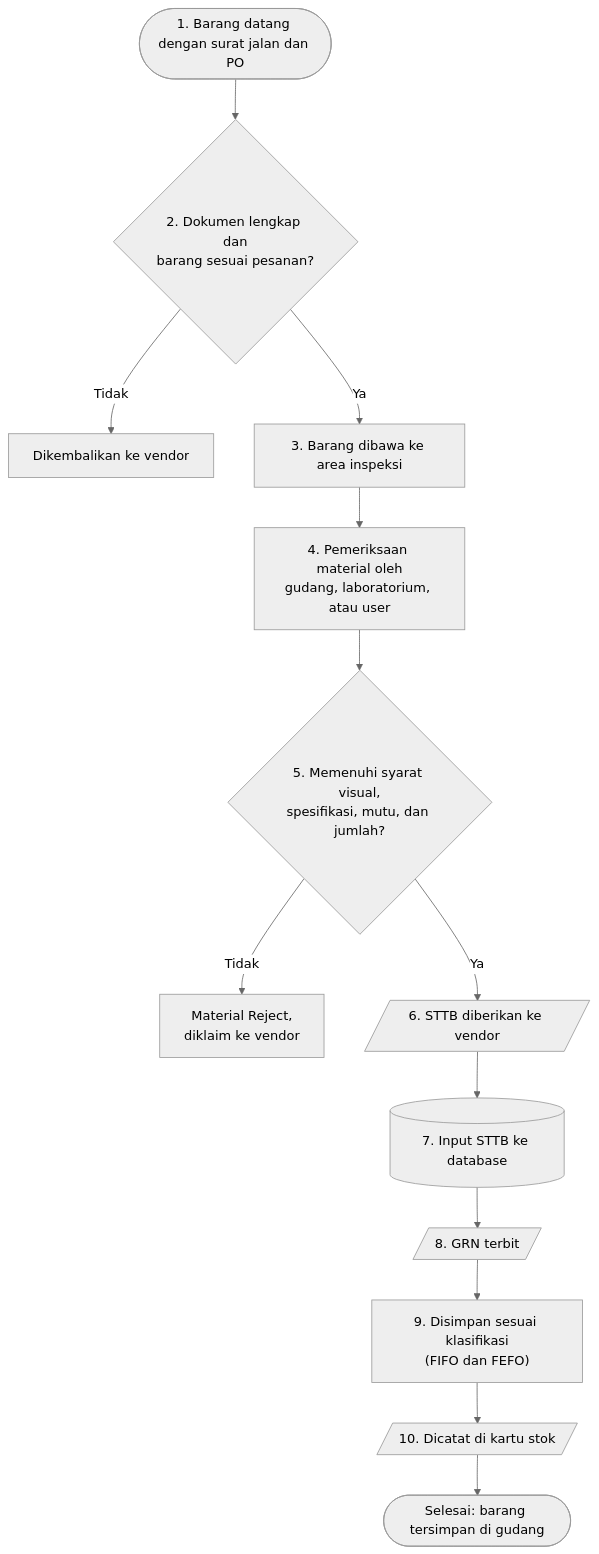
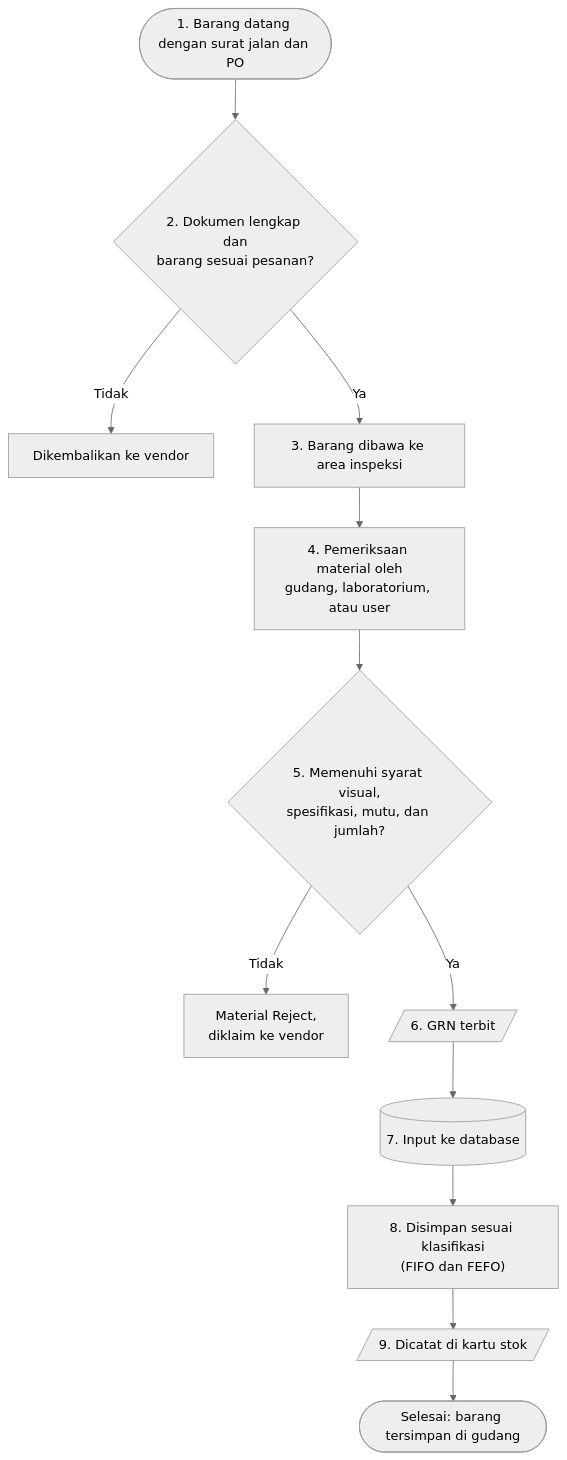
Before and after one commit to Hwarinn66/WareHouse: the diagram in docs/alur-kerja/barang-masuk.md, drawn with Mermaid (neutral theme). The commit also changed other lines of this file and 26 other files, not shown here.

First line of the commit message:
Tambah halaman Kegiatan Rutin dan hapus STTB dari alur barang masuk

````diff
--- a/docs/alur-kerja/barang-masuk.md
+++ b/docs/alur-kerja/barang-masuk.md
@@ -18,17 +18,16 @@
 ```mermaid
 flowchart TD
   accTitle: Flowchart alur barang masuk
-  accDescr: 1 barang datang dengan surat jalan dan PO, 2 dokumen dan kesesuaian pesanan dicek, 3 barang dibawa ke area inspeksi, 4 material diperiksa oleh gudang, laboratorium, atau user, 5 hasil pemeriksaan dicocokkan dengan persyaratan, 6 STTB diberikan ke vendor, 7 STTB diinput ke database, 8 GRN terbit, 9 barang disimpan sesuai klasifikasi, 10 dicatat di kartu stok. Barang yang tidak lolos di langkah 2 dikembalikan ke vendor, dan yang tidak lolos di langkah 5 diberi tanda Material Reject lalu diklaim ke vendor.
+  accDescr: 1 barang datang dengan surat jalan dan PO, 2 dokumen dan kesesuaian pesanan dicek, 3 barang dibawa ke area inspeksi, 4 material diperiksa oleh gudang, laboratorium, atau user, 5 hasil pemeriksaan dicocokkan dengan persyaratan, 6 GRN terbit, 7 data penerimaan diinput ke database, 8 barang disimpan sesuai klasifikasi, 9 dicatat di kartu stok. Barang yang tidak lolos di langkah 2 dikembalikan ke vendor, dan yang tidak lolos di langkah 5 diberi tanda Material Reject lalu diklaim ke vendor.
   L1(["1. Barang datang dengan surat jalan dan PO"]):::vendor --> L2{"2. Dokumen lengkap dan<br/>barang sesuai pesanan?"}:::cek
   L2 -- Tidak --> T2["Dikembalikan ke vendor"]:::tolak
   L2 -- Ya --> L3["3. Barang dibawa ke area inspeksi"]:::staff
   L3 --> L4["4. Pemeriksaan material oleh<br/>gudang, laboratorium, atau user"]:::staff
   L4 --> L5{"5. Memenuhi syarat visual,<br/>spesifikasi, mutu, dan jumlah?"}:::cek
   L5 -- Tidak --> T5["Material Reject,<br/>diklaim ke vendor"]:::tolak
-  L5 -- Ya --> L6[/"6. STTB diberikan ke vendor"/]:::dokumen
-  L6 --> L7[("7. Input STTB ke database")]:::sistem
-  L7 --> L8[/"8. GRN terbit"/]:::dokumen
-  L8 --> L9["9. Disimpan sesuai klasifikasi<br/>(FIFO dan FEFO)"]:::staff
-  L9 --> L10[/"10. Dicatat di kartu stok"/]:::dokumen
-  L10 --> SELESAI(["Selesai: barang tersimpan di gudang"]):::selesai
+  L5 -- Ya --> L6[/"6. GRN terbit"/]:::dokumen
+  L6 --> L7[("7. Input ke database")]:::sistem
+  L7 --> L8["8. Disimpan sesuai klasifikasi<br/>(FIFO dan FEFO)"]:::staff
+  L8 --> L9[/"9. Dicatat di kartu stok"/]:::dokumen
+  L9 --> SELESAI(["Selesai: barang tersimpan di gudang"]):::selesai
 ```
````
